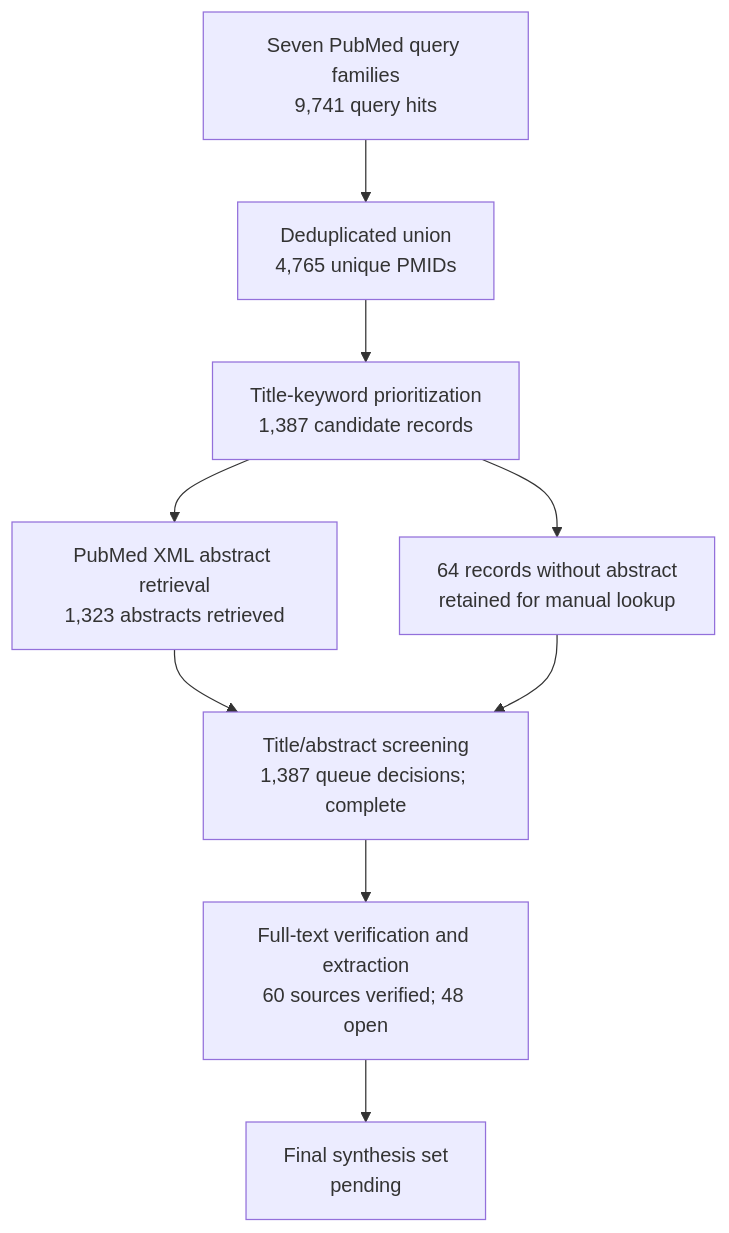
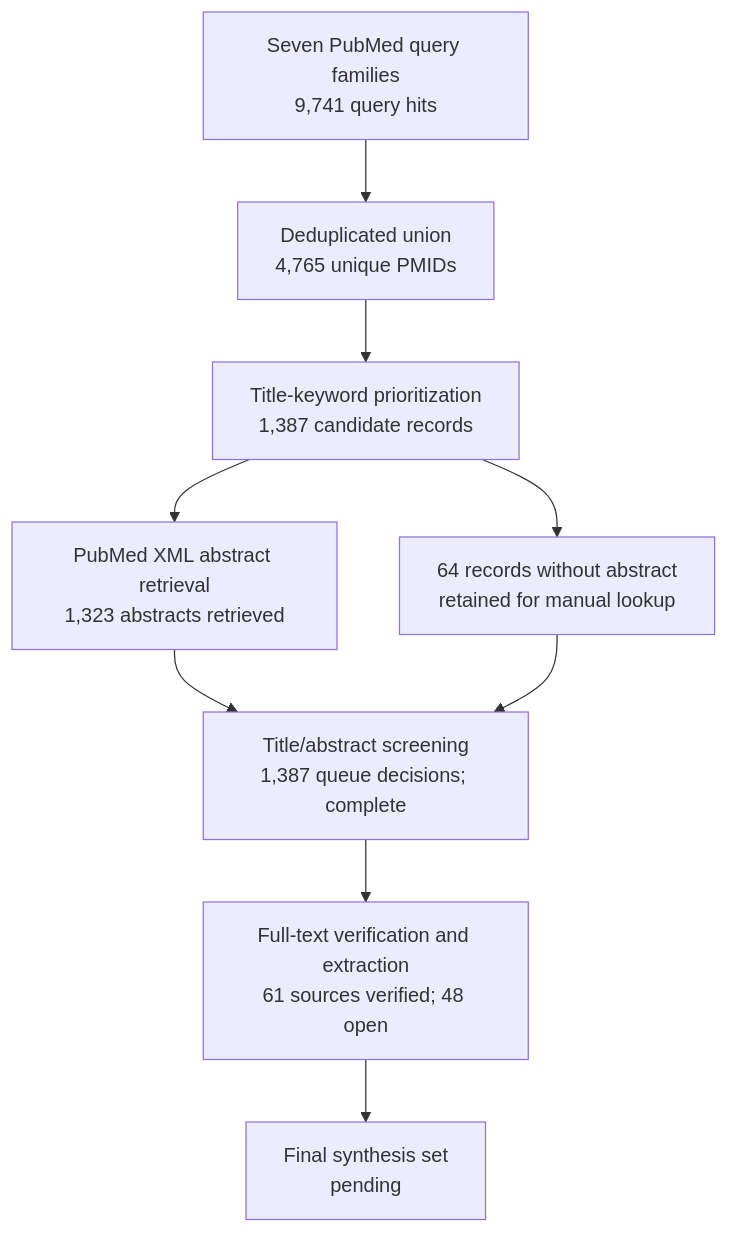
Before and after one commit to dcmcshan/artemisia: the diagram in manuscript/review-flow.md, drawn with Mermaid. The commit also changed other lines of this file and 18 other files, not shown here.

````diff
--- a/manuscript/review-flow.md
+++ b/manuscript/review-flow.md
@@ -5,11 +5,11 @@
 ```mermaid
 flowchart TB
   Q[Seven PubMed query families<br/>9,741 query hits] --> U[Deduplicated union<br/>4,765 unique PMIDs]
   U --> T[Title-keyword prioritization<br/>1,387 candidate records]
   T --> A[PubMed XML abstract retrieval<br/>1,323 abstracts retrieved]
   T --> N[64 records without abstract<br/>retained for manual lookup]
   A --> M[Title/abstract screening<br/>1,387 queue decisions; complete]
   N --> M
-  M --> F[Full-text verification and extraction<br/>60 sources verified; 48 open]
+  M --> F[Full-text verification and extraction<br/>61 sources verified; 48 open]
   F --> S[Final synthesis set<br/>pending]
 ```
````
